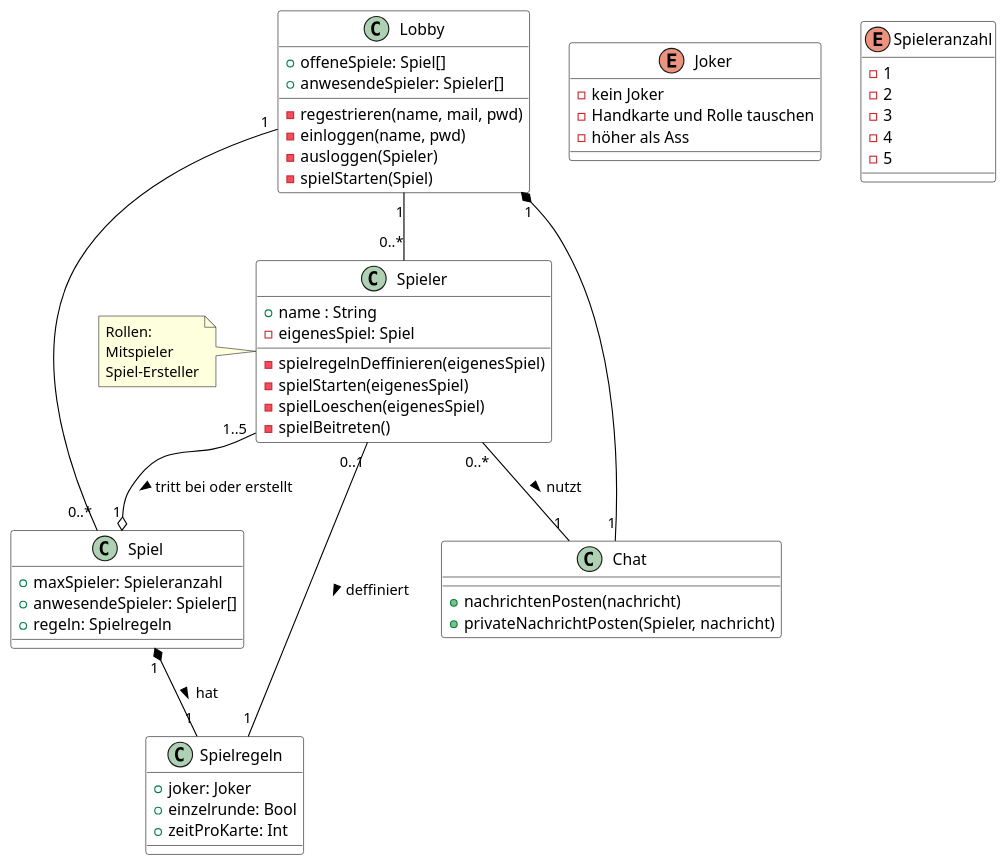
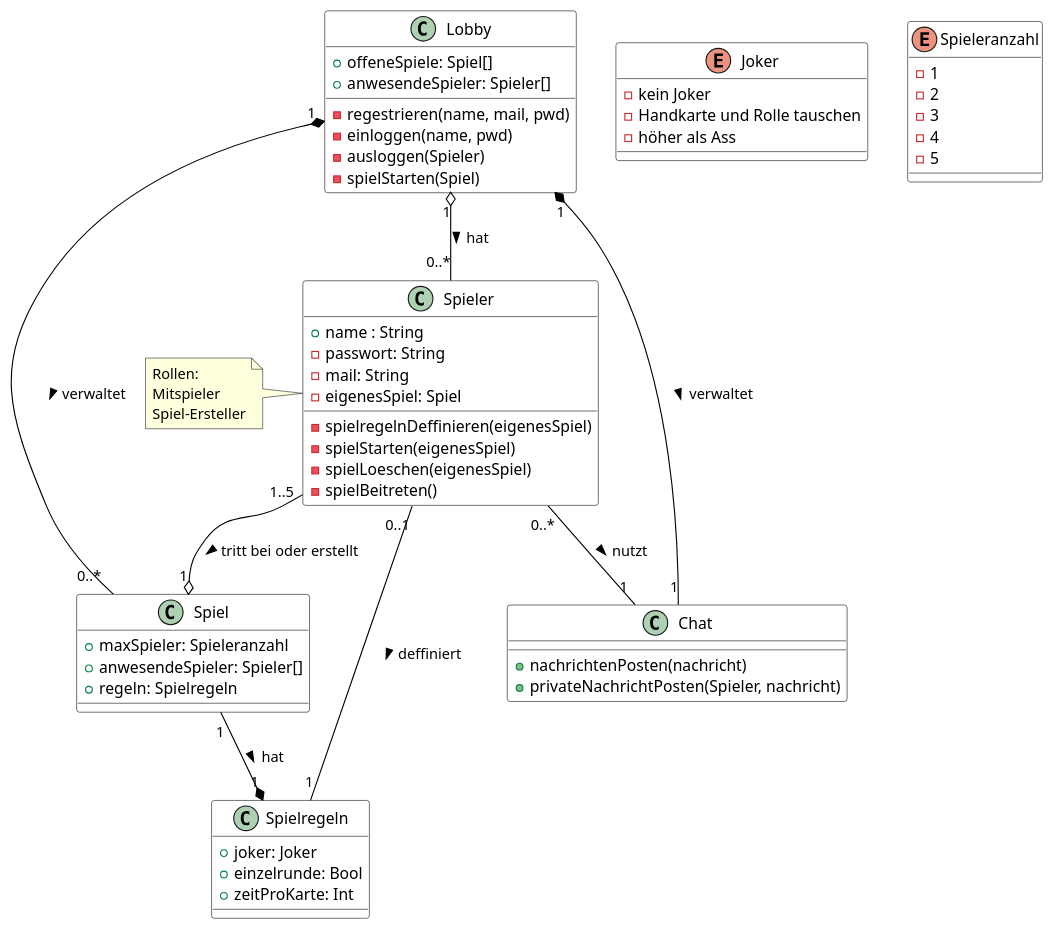
Before and after one commit to DerLurchi/Durak: the diagram in Klassendiagramm/Klassendiagramm_Lobby.puml, drawn with PlantUML. The commit also changed 3 other files, not shown here.

First line of the commit message:
klassendiagramme

```diff
--- a/Klassendiagramm/Klassendiagramm_Lobby.puml
+++ b/Klassendiagramm/Klassendiagramm_Lobby.puml
@@ -1,85 +1,87 @@
 @startuml Durak Lobby
 
 skinparam{
     ClassBackgroundColor white
     ClassBorderColor black
 
     'ClassAttributeIconSize 0
 
     ArrowColor black
 
     Shadowing false
 
 }
 
 class Spieler {
     +name : String
+    -passwort: String
+    -mail: String
     -eigenesSpiel: Spiel
     -spielregelnDeffinieren(eigenesSpiel)
     -spielStarten(eigenesSpiel)
     -spielLoeschen(eigenesSpiel)
     -spielBeitreten()
 }
 note left
     Rollen:
     Mitspieler 
     Spiel-Ersteller
 end note
 
 class Lobby {
     +offeneSpiele: Spiel[]
     +anwesendeSpieler: Spieler[]
     -regestrieren(name, mail, pwd)
     -einloggen(name, pwd)
     -ausloggen(Spieler)
     -spielStarten(Spiel)
 }
 
 class Spiel {
     + maxSpieler: Spieleranzahl
     + anwesendeSpieler: Spieler[]
     + regeln: Spielregeln
 }
 
 class Spielregeln {
     + joker: Joker
     + einzelrunde: Bool
     + zeitProKarte: Int
 }
 
 class Chat {
     + nachrichtenPosten(nachricht)
     + privateNachrichtPosten(Spieler, nachricht)
 }
 
 enum Joker {
     -kein Joker
     -Handkarte und Rolle tauschen
     -höher als Ass
 }
 
 enum Spieleranzahl {
     - 1
     - 2
     - 3
     - 4
     - 5
 }
 
 
 
-Lobby "1" -- "0..*" Spieler
+Lobby "1" o-- "0..*" Spieler : hat >
 
 Spieler "1..5" --o "1" Spiel : tritt bei oder erstellt >
 
-Spiel "1" *-- "1" Spielregeln : hat >
+Spiel "1" --* "1" Spielregeln : hat >
 
-Lobby "1" -- "0..*" Spiel 
+Lobby "1" *-- "0..*" Spiel : verwaltet >
 
 Spieler "0..*" -- "1" Chat : nutzt >
 
-Lobby "1" *-- "1" Chat 
+Lobby "1" *-- "1" Chat : verwaltet >
 
 Spieler "0..1" -- "1" Spielregeln: deffiniert > 
 
 @enduml
```
